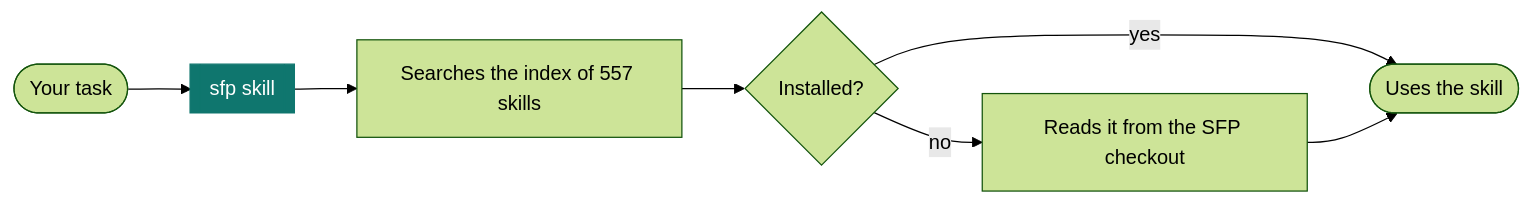
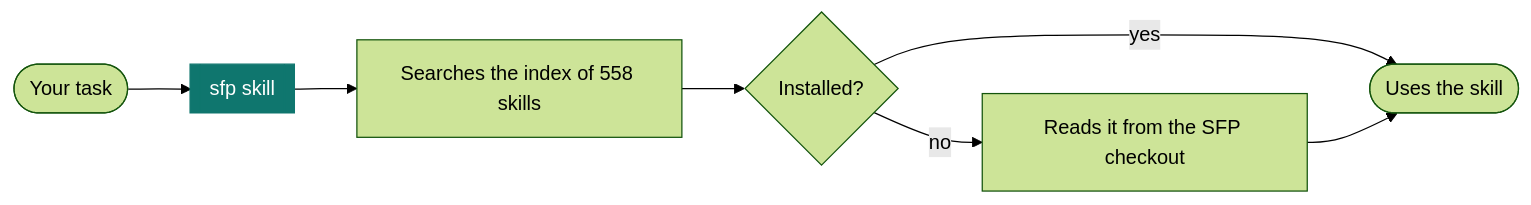
One commit to siddu1004/SFP changed the diagram in README.md. Above: the diagram before and after it, drawn with Mermaid (forest theme). The commit also changed other lines of this file and 34 other files, not shown here.

````diff
--- a/README.md
+++ b/README.md
@@ -46,11 +46,11 @@
 ```mermaid
 flowchart LR
     task([Your task]) --> sfp[[sfp skill]]
-    sfp --> index[Searches the index of 557 skills]
+    sfp --> index[Searches the index of 558 skills]
     index --> installed{Installed?}
     installed -- yes --> use([Uses the skill])
     installed -- no --> read[Reads it from the SFP checkout]
     read --> use
     classDef key fill:#0f766e,stroke:#0f766e,color:#ffffff
     class sfp key
 ```
````
